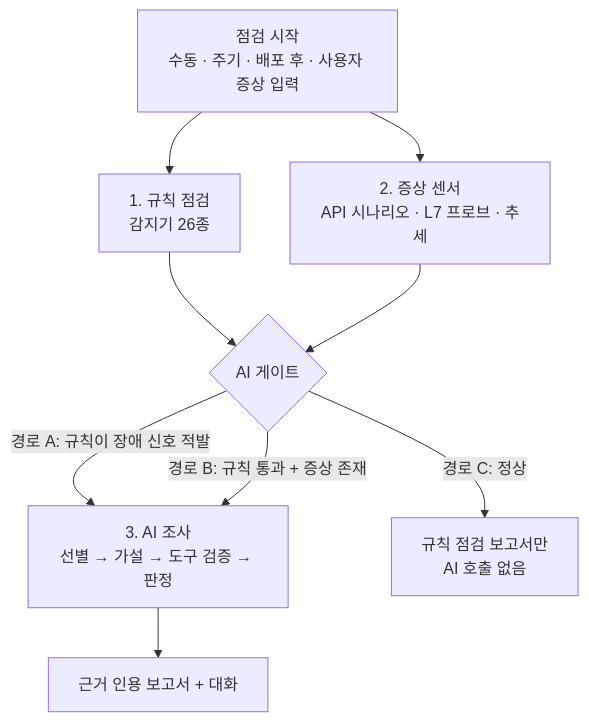
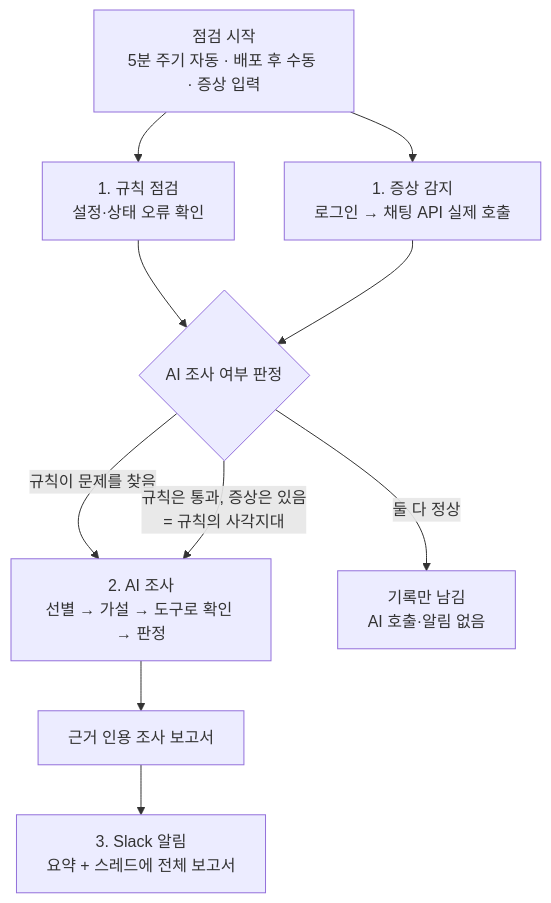
The second of 2 diagrams in docs/산출물/02-문제정의및서비스기획.md (skax-jihyeryu/KubeGuardian), drawn with Mermaid before and after one commit. The commit also changed other lines of this file and 11 other files, not shown here.

````diff
--- a/docs/산출물/02-문제정의및서비스기획.md
+++ b/docs/산출물/02-문제정의및서비스기획.md
@@ -93,11 +114,12 @@
 ```mermaid
 flowchart TB
-    T[점검 시작<br/>수동 · 주기 · 배포 후 · 사용자 증상 입력] --> R[1. 규칙 점검<br/>감지기 26종]
-    T --> S[2. 증상 센서<br/>API 시나리오 · L7 프로브 · 추세]
-    R --> G{AI 게이트}
+    T[점검 시작<br/>5분 주기 자동 · 배포 후 수동 · 증상 입력] --> R[1. 규칙 점검<br/>설정·상태 오류 확인]
+    T --> S[1. 증상 감지<br/>로그인 → 채팅 API 실제 호출]
+    R --> G{AI 조사 여부 판정}
     S --> G
-    G -->|경로 A: 규칙이 장애 신호 적발| AI[3. AI 조사<br/>선별 → 가설 → 도구 검증 → 판정]
-    G -->|경로 B: 규칙 통과 + 증상 존재| AI
-    G -->|경로 C: 정상| OK[규칙 점검 보고서만<br/>AI 호출 없음]
-    AI --> REP[근거 인용 보고서 + 대화]
+    G -->|규칙이 문제를 찾음| AI[2. AI 조사<br/>선별 → 가설 → 도구로 확인 → 판정]
+    G -->|규칙은 통과, 증상은 있음<br/>= 규칙의 사각지대| AI
+    G -->|둘 다 정상| OK[기록만 남김<br/>AI 호출·알림 없음]
+    AI --> REP[근거 인용 조사 보고서]
+    REP --> N[3. Slack 알림<br/>요약 + 스레드에 전체 보고서]
 ```
````
